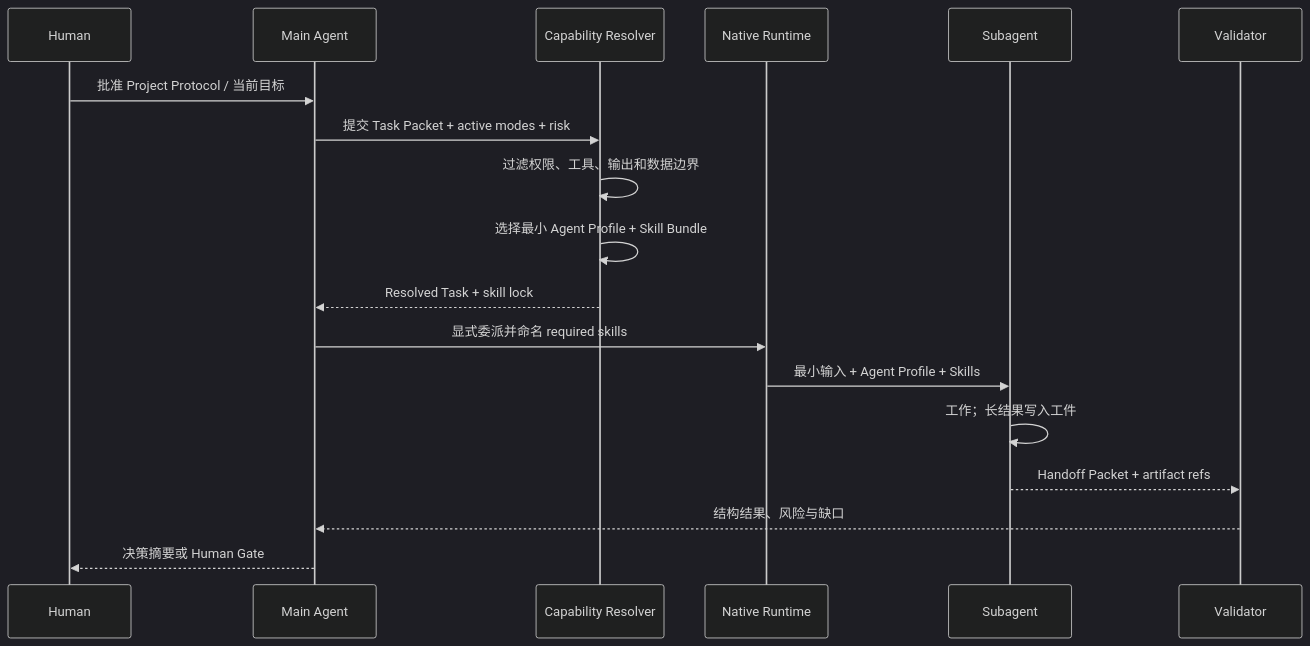
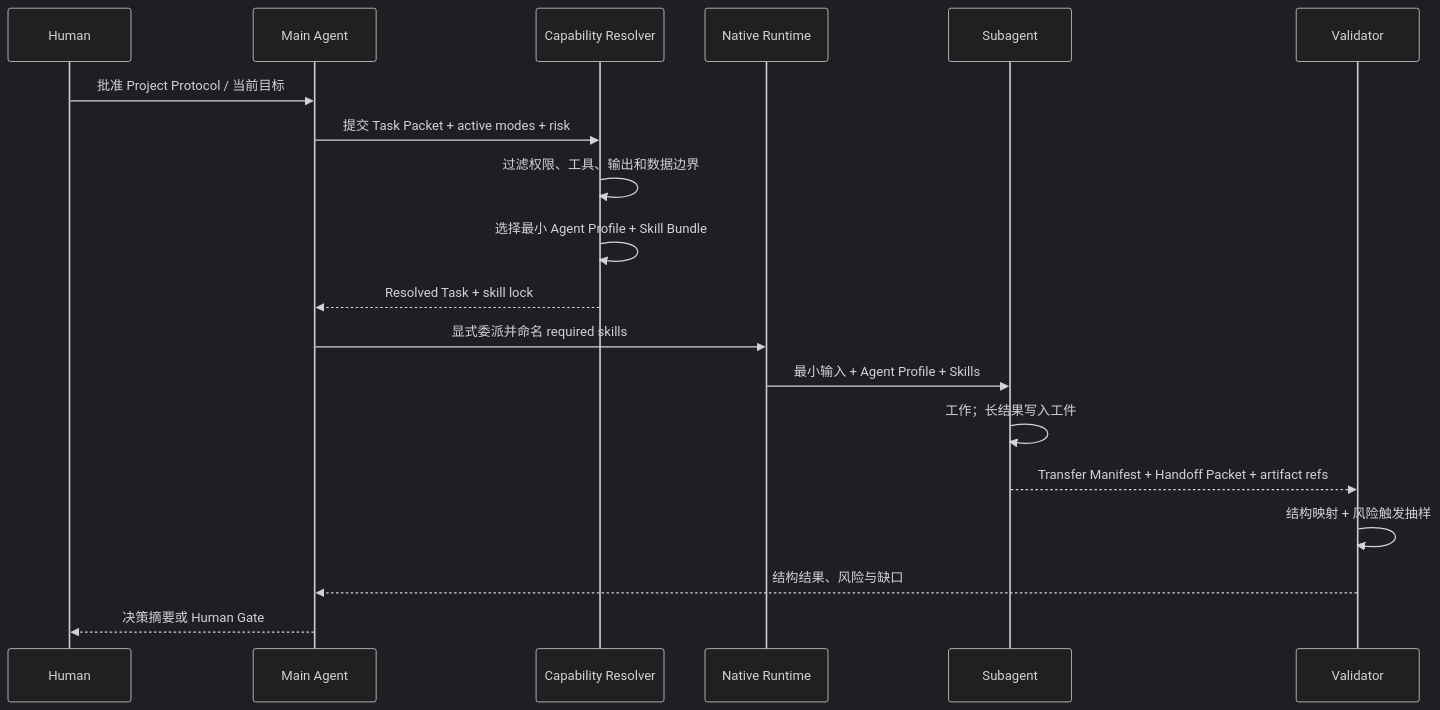
One commit to Chengyue-Lu/research-agent-workbench changed the second of 2 diagrams in docs/ARCHITECTURE.md. Above: the diagram before and after it, drawn with Mermaid (dark theme). The commit also changed other lines of this file and 53 other files, not shown here.

Commit message:
Add compressed Handoff transfer audits

````diff
--- a/docs/ARCHITECTURE.md
+++ b/docs/ARCHITECTURE.md
@@ -118,21 +118,22 @@
 ```mermaid
 sequenceDiagram
     participant H as Human
     participant M as Main Agent
     participant R as Capability Resolver
     participant N as Native Runtime
     participant S as Subagent
     participant V as Validator
 
     H->>M: 批准 Project Protocol / 当前目标
     M->>R: 提交 Task Packet + active modes + risk
     R->>R: 过滤权限、工具、输出和数据边界
     R->>R: 选择最小 Agent Profile + Skill Bundle
     R-->>M: Resolved Task + skill lock
     M->>N: 显式委派并命名 required skills
     N->>S: 最小输入 + Agent Profile + Skills
     S->>S: 工作；长结果写入工件
-    S-->>V: Handoff Packet + artifact refs
+    S-->>V: Transfer Manifest + Handoff Packet + artifact refs
+    V->>V: 结构映射 + 风险触发抽样
     V-->>M: 结构结果、风险与缺口
     M-->>H: 决策摘要或 Human Gate
 ```
````
